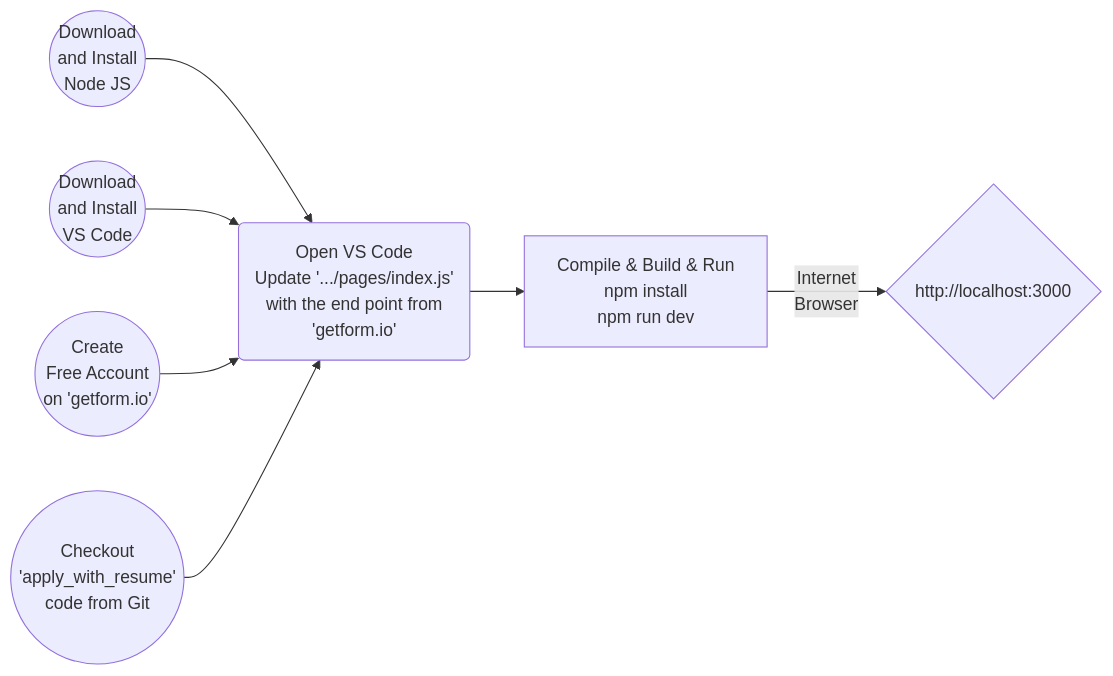
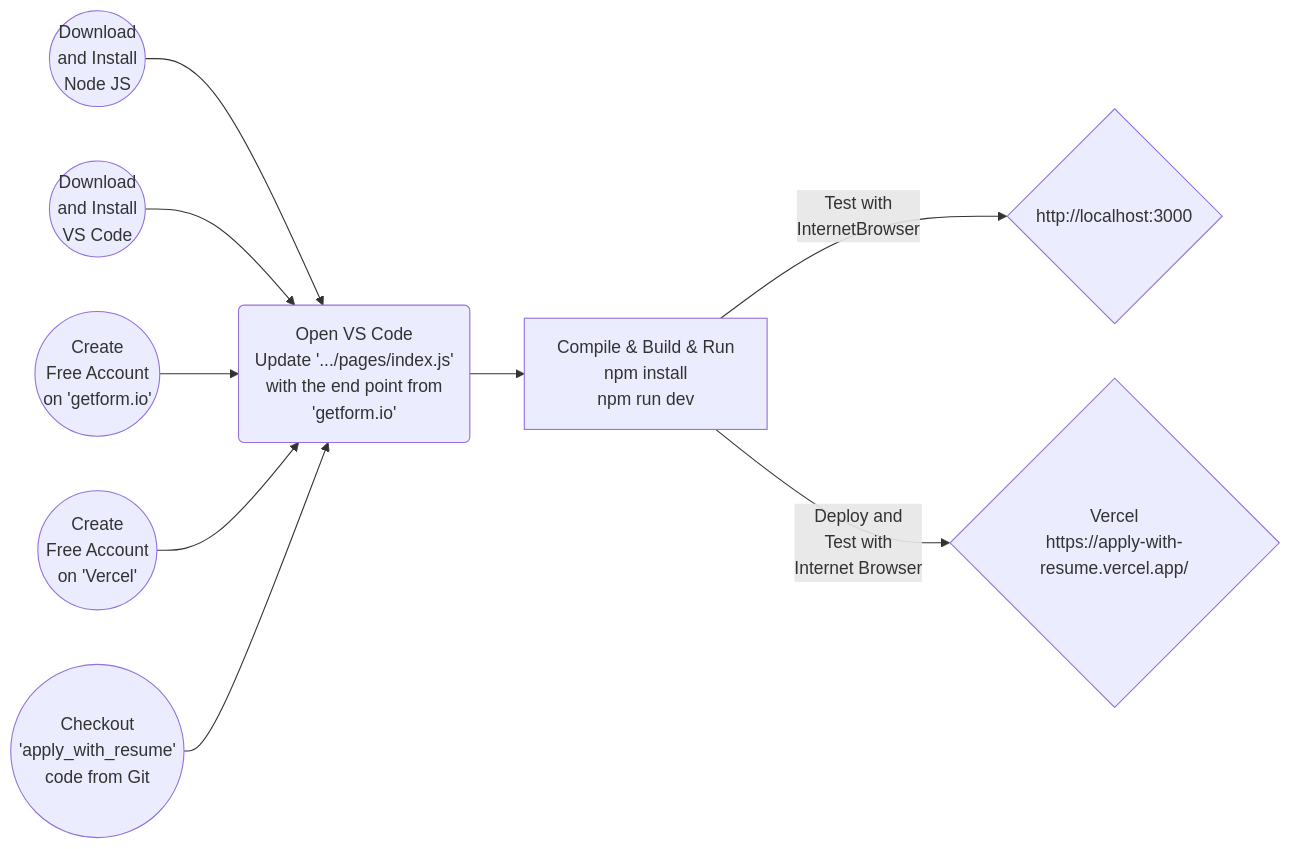
The diagram in README.md (lalumastan/apply_with_resume), drawn with Mermaid before and after one commit. The commit also changed other lines of this file and 1 other file, not shown here.

````diff
--- a/README.md
+++ b/README.md
@@ -8,11 +9,12 @@
 ```mermaid
 graph LR
 A((Download<br/>and Install<br/>Node JS)) -->
 C(Open VS Code<br/>Update '.../pages/index.js'<br/>with the end point from<br/>'getform.io')
 B((Download<br/>and Install<br/>VS Code)) --> C
 D((Create<br/>Free Account<br/>on 'getform.io')) --> C
-E((Checkout<br/>'apply_with_resume'<br/>code from Git))  --> C
-C --> F[Compile & Build & Run<br/>npm install<br/>npm run dev]
-F -- Internet<br/>Browser --> G{http://localhost:3000}
-
+E((Create<br/>Free Account<br/>on 'Vercel')) --> C
+F((Checkout<br/>'apply_with_resume'<br/>code from Git)) --> C
+C --> G[Compile & Build & Run<br/>npm install<br/>npm run dev]
+G -- Test with<br/>InternetBrowser --> H{http://localhost:3000} 
+G -- Deploy and<br/>Test with<br/>Internet Browser --> I{Vercel<br/>https://apply-with-resume.vercel.app/}
 ```
````
